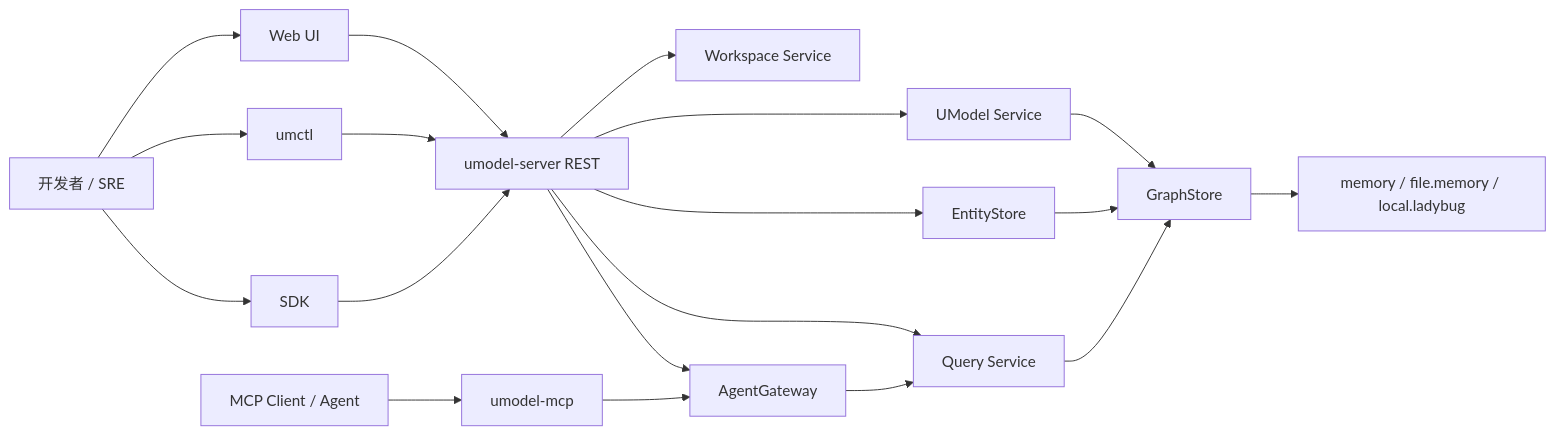
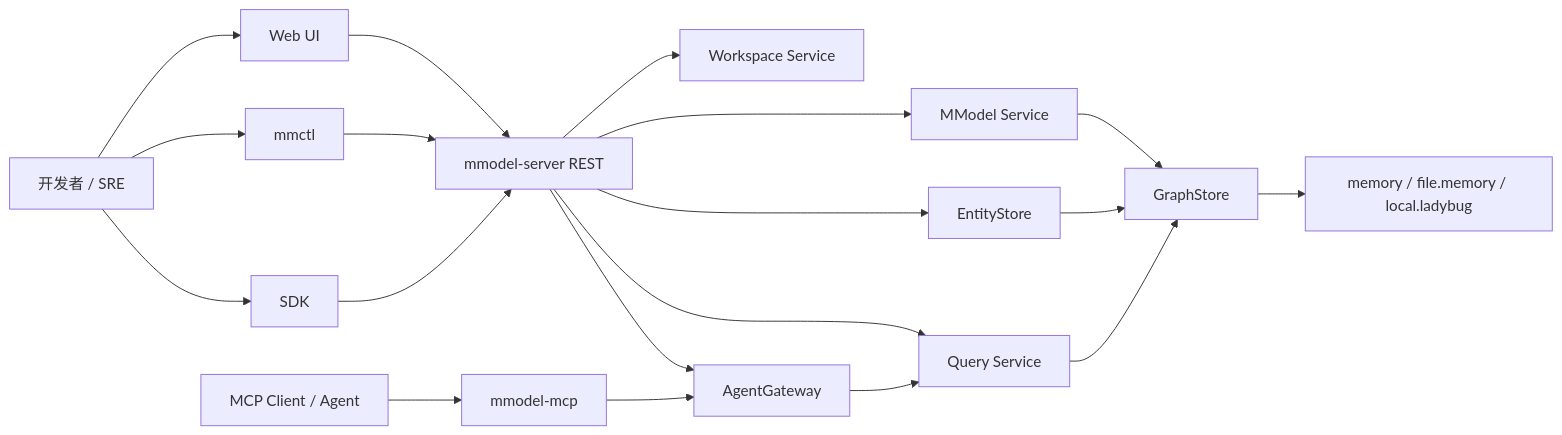
One commit to lichaoaaron/UnifiedModel changed the first of 2 diagrams in docs/zh/learning-guide/architecture.md. Above: the diagram before and after it, drawn with Mermaid. The commit also changed other lines of this file and 765 other files, not shown here.

````diff
--- a/docs/zh/learning-guide/architecture.md
+++ b/docs/zh/learning-guide/architecture.md
@@ -7,24 +7,24 @@
 ```mermaid
 flowchart LR
   Dev["开发者 / SRE"] --> Web["Web UI"]
-  Dev --> CLI["umctl"]
+  Dev --> CLI["mmctl"]
   Dev --> SDK["SDK"]
-  Agent["MCP Client / Agent"] --> MCP["umodel-mcp"]
+  Agent["MCP Client / Agent"] --> MCP["mmodel-mcp"]
 
-  Web --> REST["umodel-server REST"]
+  Web --> REST["mmodel-server REST"]
   CLI --> REST
   SDK --> REST
   MCP --> AG["AgentGateway"]
 
   REST --> WS["Workspace Service"]
-  REST --> UM["UModel Service"]
+  REST --> UM["MModel Service"]
   REST --> ES["EntityStore"]
   REST --> QS["Query Service"]
   REST --> AG
 
   AG --> QS
   UM --> GS["GraphStore"]
   ES --> GS
   QS --> GS
   GS --> Provider["memory / file.memory / local.ladybug"]
 ```
````
